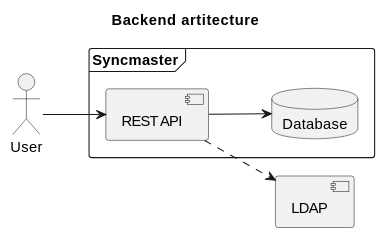
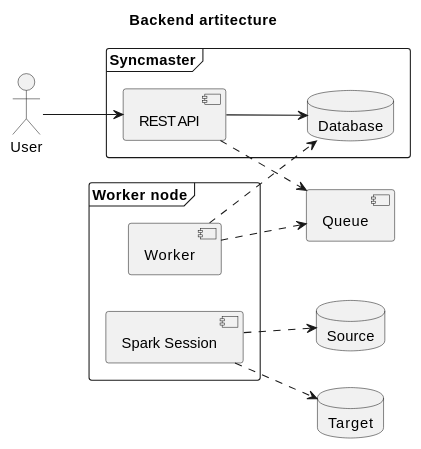
One commit to MobileTeleSystems/syncmaster changed the diagram in docs/backend/architecture.rst. Above: the diagram before and after it, drawn with PlantUML. The commit also changed 10 other files, not shown here.

```diff
--- a/docs/backend/architecture.rst
+++ b/docs/backend/architecture.rst
@@ -6,20 +6,33 @@
 .. plantuml::
 
     @startuml
         title Backend artitecture
         skinparam linetype polyline
         left to right direction
 
         actor "User"
 
         frame "Syncmaster" {
             component "REST API"
             database "Database"
         }
 
-        component "LDAP"
+        frame "Worker node" {
+            component "Worker"
+            component "Spark Session"
+        }
+
+        database "Source"
+        database "Target"
+
+        component "Queue"
 
         [User] --> [REST API]
         [REST API] --> [Database]
-        [REST API] ..> [LDAP]
+        [REST API] ..> [Queue]
+        [Worker] ..> [Queue]
+        [Worker] ..> [Database]
+        [Spark Session] ..> [Source]
+        [Spark Session] ..> [Target]
+
     @enduml
```
